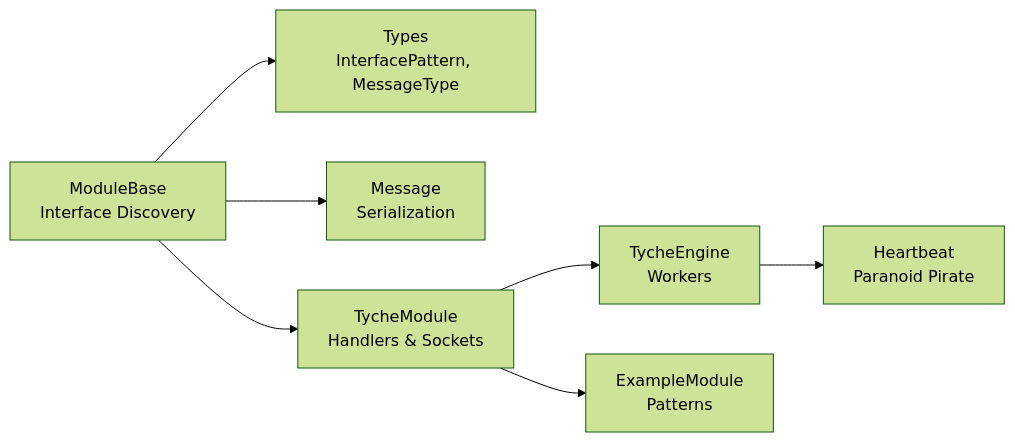
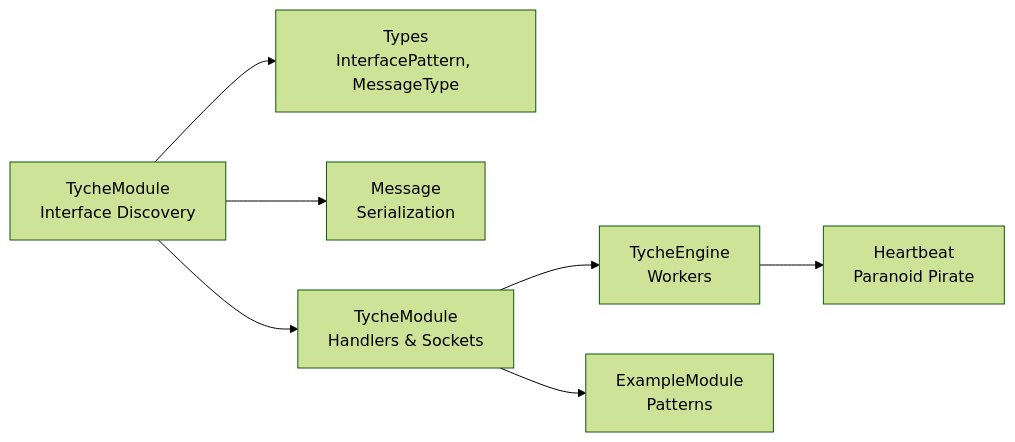
One commit to zt281/TycheEngine changed the seventh of 7 diagrams in .qoder/repowiki/en/content/Communication Patterns/Communication Patterns.md. Above: the diagram before and after it, drawn with Mermaid (forest theme). The commit also changed other lines of this file and 11 other files, not shown here.

````diff
--- a/.qoder/repowiki/en/content/Communication Patterns/Communication Patterns.md
+++ b/.qoder/repowiki/en/content/Communication Patterns/Communication Patterns.md
@@ -363,9 +373,9 @@
 ```mermaid
 graph LR
-MB["ModuleBase<br/>Interface Discovery"] --> TP["Types<br/>InterfacePattern, MessageType"]
+MB["TycheModule<br/>Interface Discovery"] --> TP["Types<br/>InterfacePattern, MessageType"]
 MB --> MSG["Message<br/>Serialization"]
 MB --> MOD["TycheModule<br/>Handlers & Sockets"]
 MOD --> ENG["TycheEngine<br/>Workers"]
 ENG --> HB["Heartbeat<br/>Paranoid Pirate"]
 MOD --> EX["ExampleModule<br/>Patterns"]
 ```
````
